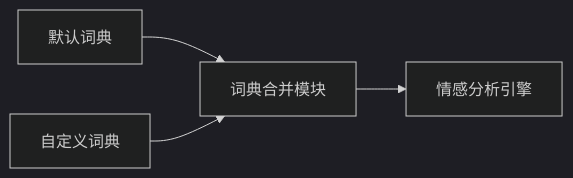
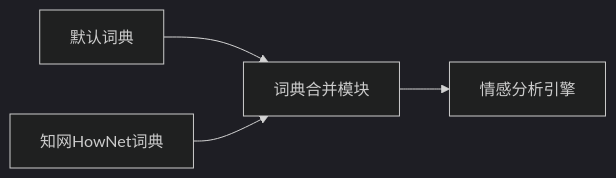
One commit to D2RS-2025spring/NLTK-project changed the sixth of 7 diagrams in README.md. Above: the diagram before and after it, drawn with Mermaid (dark theme). The commit also changed other lines of this file, not shown here.

````diff
--- a/README.md
+++ b/README.md
@@ -88,6 +88,6 @@
 ```mermaid
 flowchart LR
     D1[默认词典] --> M[词典合并模块]
-    D2[自定义词典] --> M
+    D2[知网HowNet词典] --> M
     M --> S[情感分析引擎]
 ```
````
